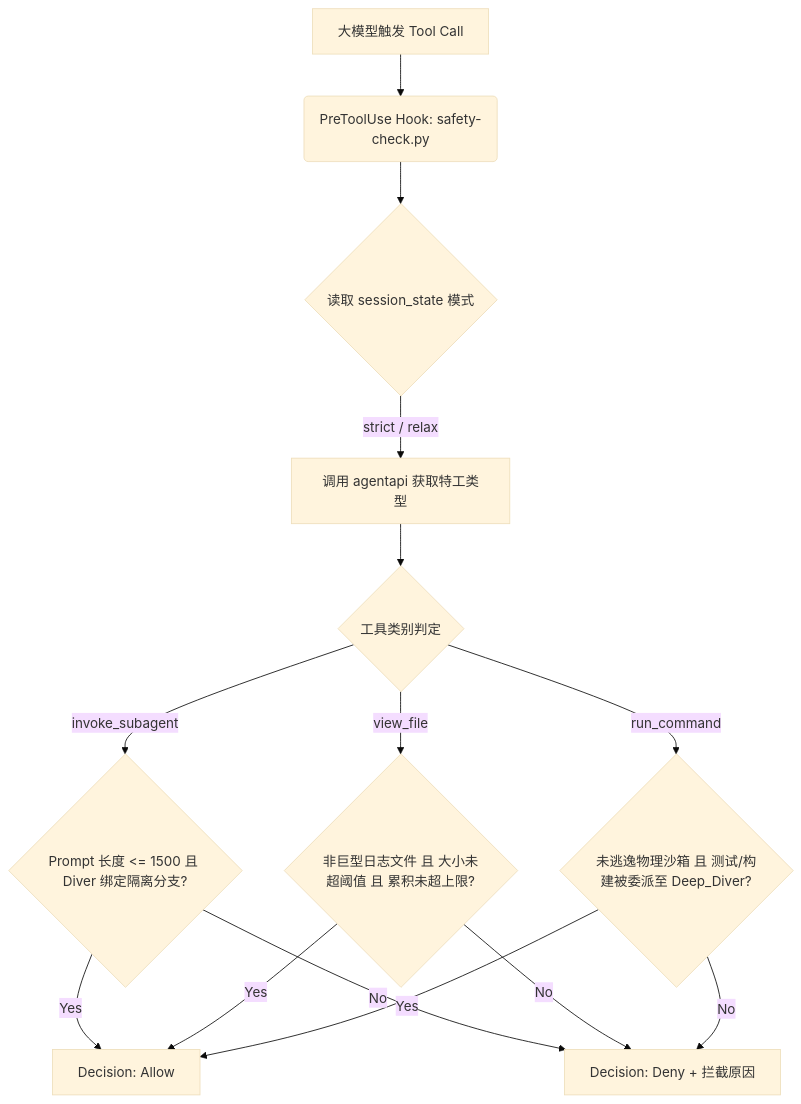
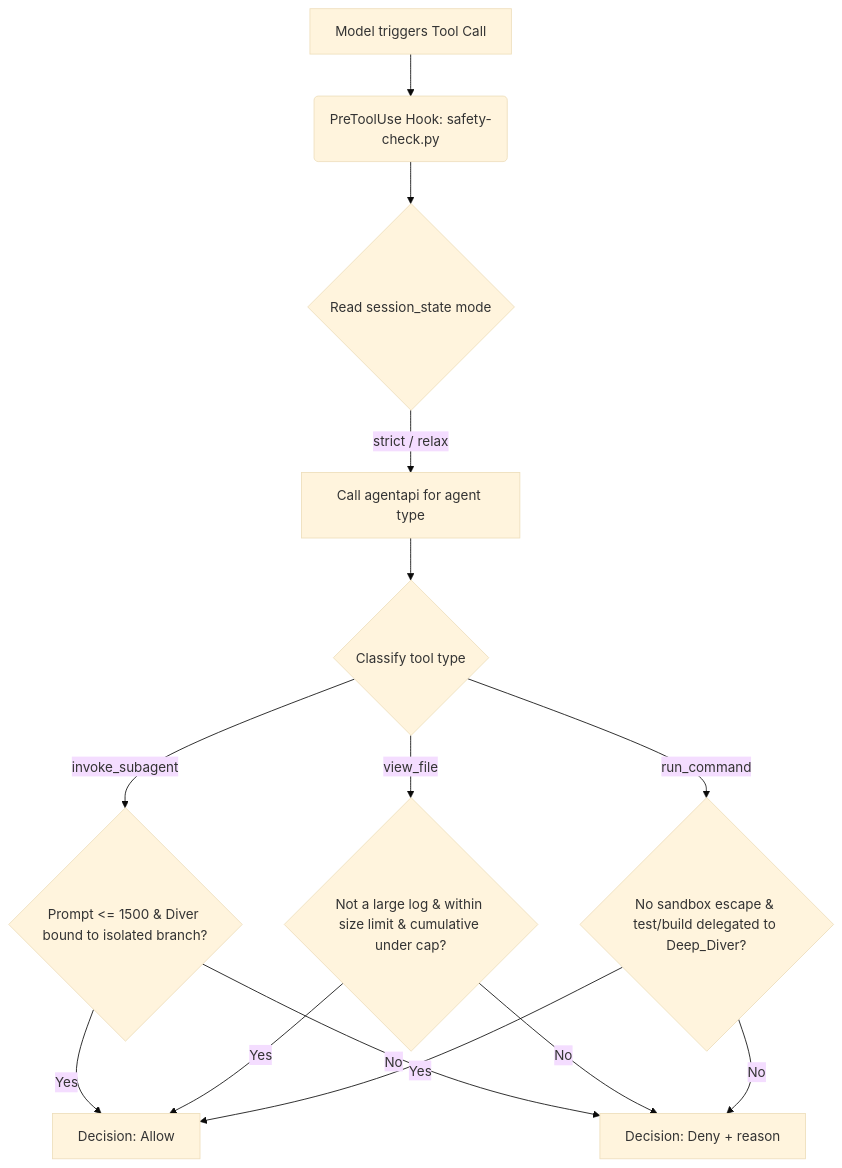
The second of 11 diagrams in docs/business_flows.md (pseudoming/remora-plugin), drawn with Mermaid (base theme) before and after one commit. The commit also changed other lines of this file and 10 other files, not shown here.

````diff
--- a/docs/business_flows.md
+++ b/docs/business_flows.md
@@ -74,19 +76,19 @@
 ```mermaid
 flowchart TD
-    A[大模型触发 Tool Call] --> B(PreToolUse Hook: safety-check.py)
-    B --> C{读取 session_state 模式}
-    C -->|strict / relax| D[调用 agentapi 获取特工类型]
-    D --> E{工具类别判定}
+    A[Model triggers Tool Call] --> B(PreToolUse Hook: safety-check.py)
+    B --> C{Read session_state mode}
+    C -->|strict / relax| D[Call agentapi for agent type]
+    D --> E{Classify tool type}
     
-    E -->|invoke_subagent| F{Prompt 长度 <= 1500 且 Diver 绑定隔离分支?}
+    E -->|invoke_subagent| F{Prompt <= 1500 & Diver bound to isolated branch?}
     F -->|Yes| Allow[Decision: Allow]
-    F -->|No| Deny[Decision: Deny + 拦截原因]
+    F -->|No| Deny[Decision: Deny + reason]
     
-    E -->|view_file| G{非巨型日志文件 且 大小未超阈值 且 累积未超上限?}
+    E -->|view_file| G{Not a large log & within size limit & cumulative under cap?}
     G -->|Yes| Allow
     G -->|No| Deny
     
-    E -->|run_command| H{未逃逸物理沙箱 且 测试/构建被委派至 Deep_Diver?}
+    E -->|run_command| H{No sandbox escape & test/build delegated to Deep_Diver?}
     H -->|Yes| Allow
     H -->|No| Deny
 ```
````
